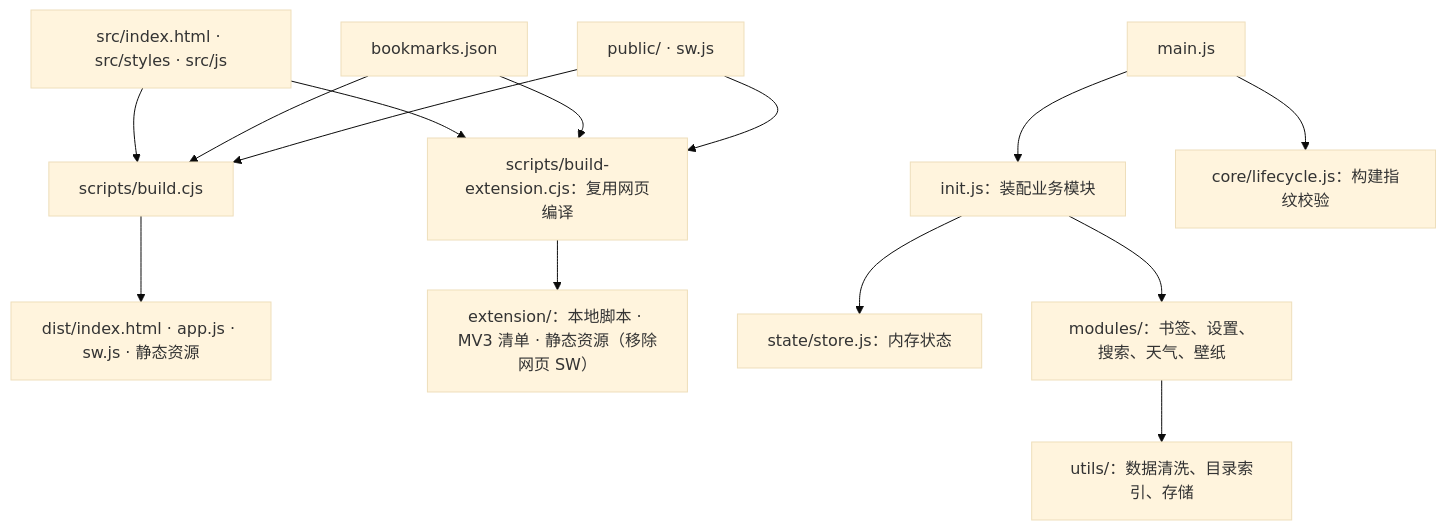
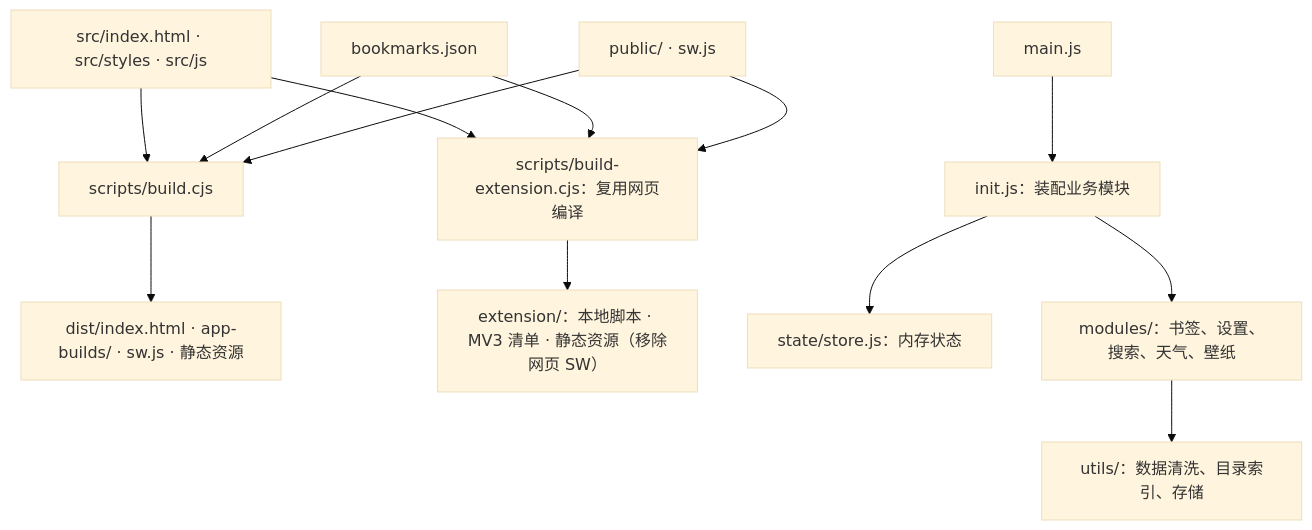
The first of 2 diagrams in docs/ARCHITECTURE.md (leosdcn/glass-start), drawn with Mermaid (base theme) before and after one commit. The commit also changed other lines of this file and 56 other files, not shown here.

````diff
--- a/docs/ARCHITECTURE.md
+++ b/docs/ARCHITECTURE.md
@@ -130,16 +130,15 @@
 ```mermaid
 flowchart TD
     Source["src/index.html · src/styles · src/js"] --> Build["scripts/build.cjs"]
     Data["bookmarks.json"] --> Build
     Assets["public/ · sw.js"] --> Build
-    Build --> Dist["dist/index.html · app.js · sw.js · 静态资源"]
+    Build --> Dist["dist/index.html · app-builds/ · sw.js · 静态资源"]
     Source --> ExtensionBuild["scripts/build-extension.cjs：复用网页编译"]
     Data --> ExtensionBuild
     Assets --> ExtensionBuild
     ExtensionBuild --> Extension["extension/：本地脚本 · MV3 清单 · 静态资源（移除网页 SW）"]
     Main["main.js"] --> Init["init.js：装配业务模块"]
-    Main --> Lifecycle["core/lifecycle.js：构建指纹校验"]
     Init --> State["state/store.js：内存状态"]
     Init --> Modules["modules/：书签、设置、搜索、天气、壁纸"]
     Modules --> Utils["utils/：数据清洗、目录索引、存储"]
 ```
````
